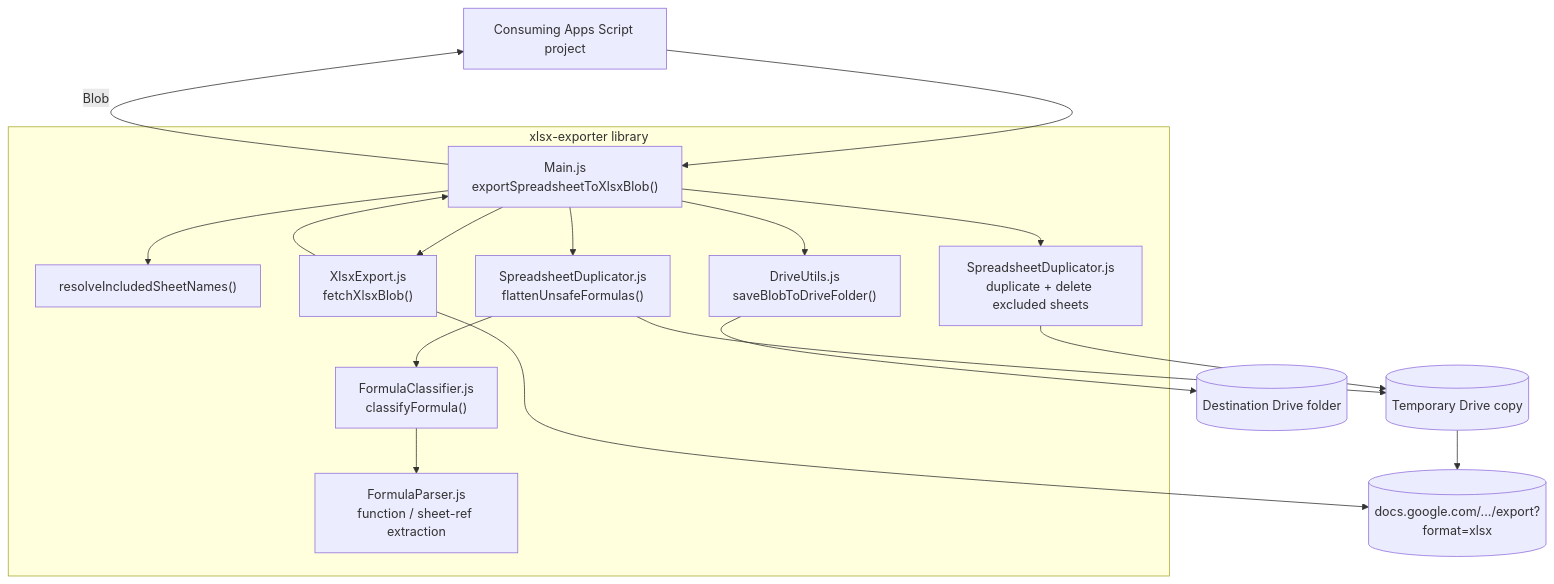
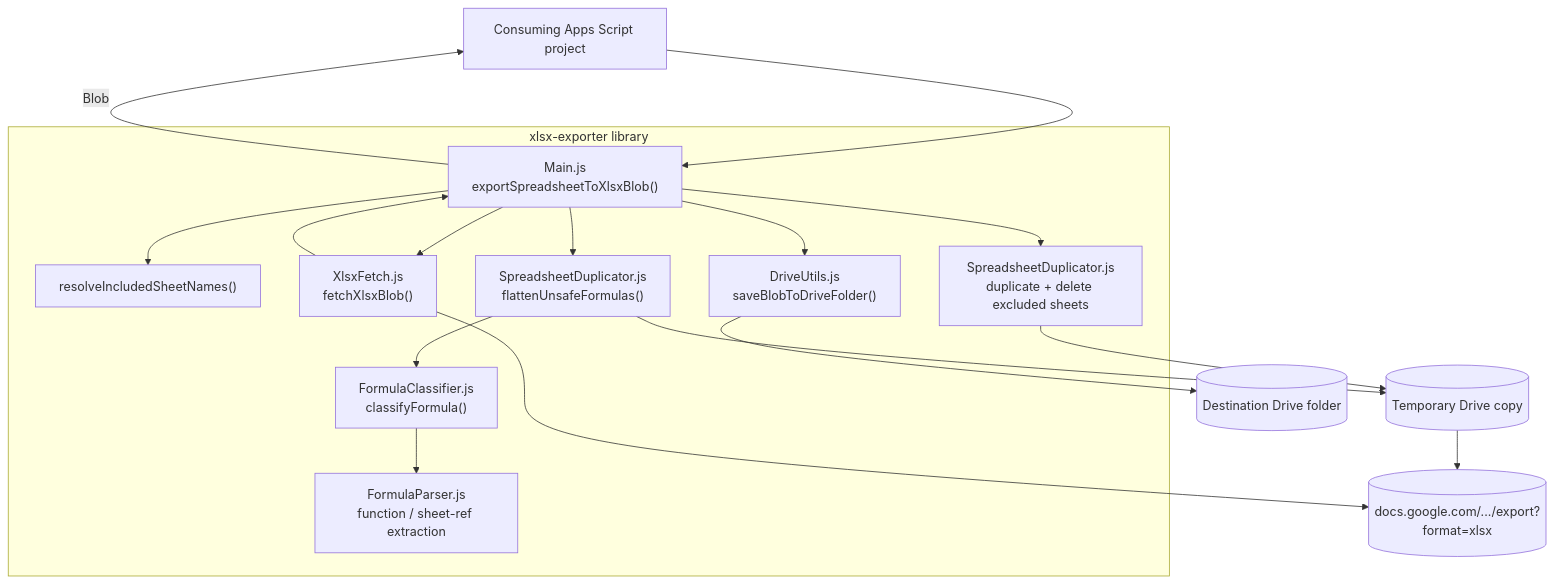
One commit to oleksiisedun/xlsx-exporter changed the diagram in README.md. Above: the diagram before and after it, drawn with Mermaid. The commit also changed 2 other files, not shown here.

Commit message:
Rename XlsxExport.js to XlsxFetch.js
The old name collided with Main.js's exportSpreadsheetToXlsxBlob/File
public API; the file itself only contains fetchXlsxBlob.

Claude-Session: https://claude.ai/code/session_012SgvtBM1C9qFfJaXmcsLGY

````diff
--- a/README.md
+++ b/README.md
@@ -79,22 +79,22 @@
 ```mermaid
 graph TD
   Caller["Consuming Apps Script project"] --> Main["Main.js\nexportSpreadsheetToXlsxBlob()"]
 
   subgraph Lib["xlsx-exporter library"]
     Main --> Resolve["resolveIncludedSheetNames()"]
     Main --> Dup["SpreadsheetDuplicator.js\nduplicate + delete excluded sheets"]
     Main --> Flatten["SpreadsheetDuplicator.js\nflattenUnsafeFormulas()"]
     Flatten --> Classify["FormulaClassifier.js\nclassifyFormula()"]
     Classify --> Parse["FormulaParser.js\nfunction / sheet-ref extraction"]
-    Main --> Fetch["XlsxExport.js\nfetchXlsxBlob()"]
+    Main --> Fetch["XlsxFetch.js\nfetchXlsxBlob()"]
     Main --> Save["DriveUtils.js\nsaveBlobToDriveFolder()"]
   end
 
   Dup --> DriveCopy[("Temporary Drive copy")]
   Flatten --> DriveCopy
   Fetch --> ExportEndpoint[("docs.google.com/.../export?format=xlsx")]
   DriveCopy --> ExportEndpoint
   Fetch --> Main
   Main -->|"Blob"| Caller
   Save --> DriveFolder[("Destination Drive folder")]
 ```
````
